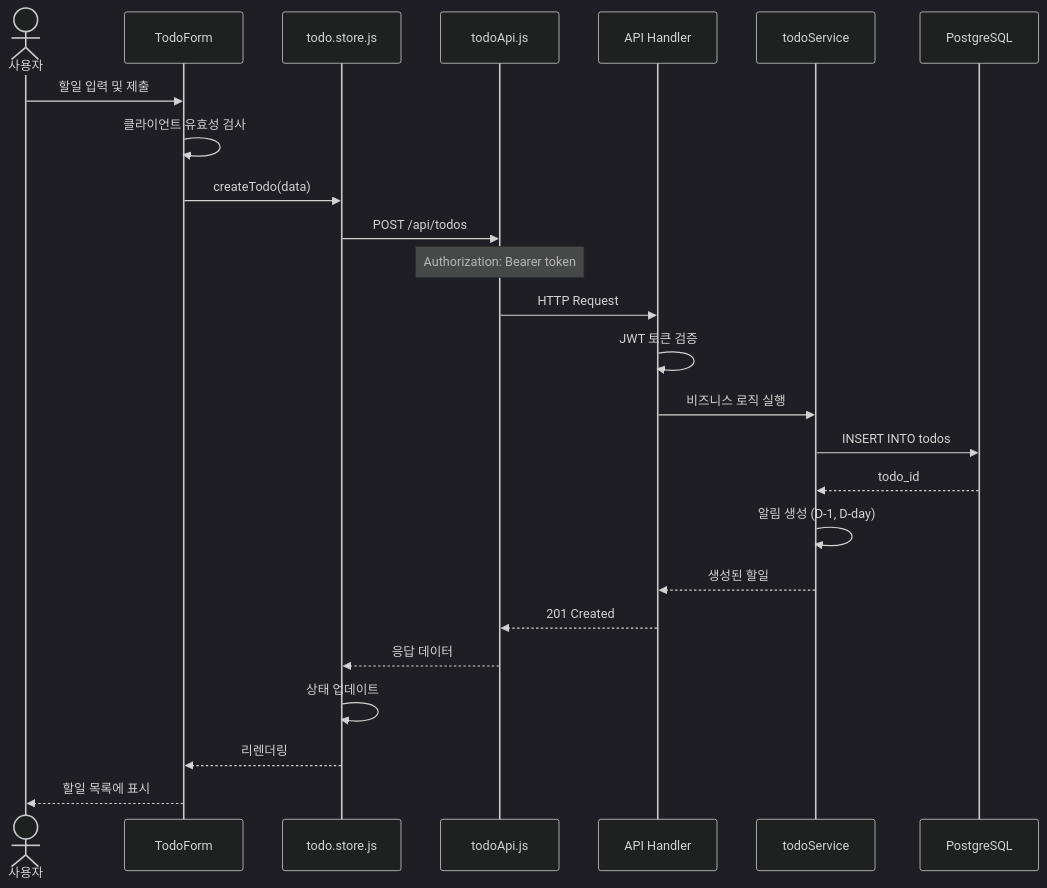
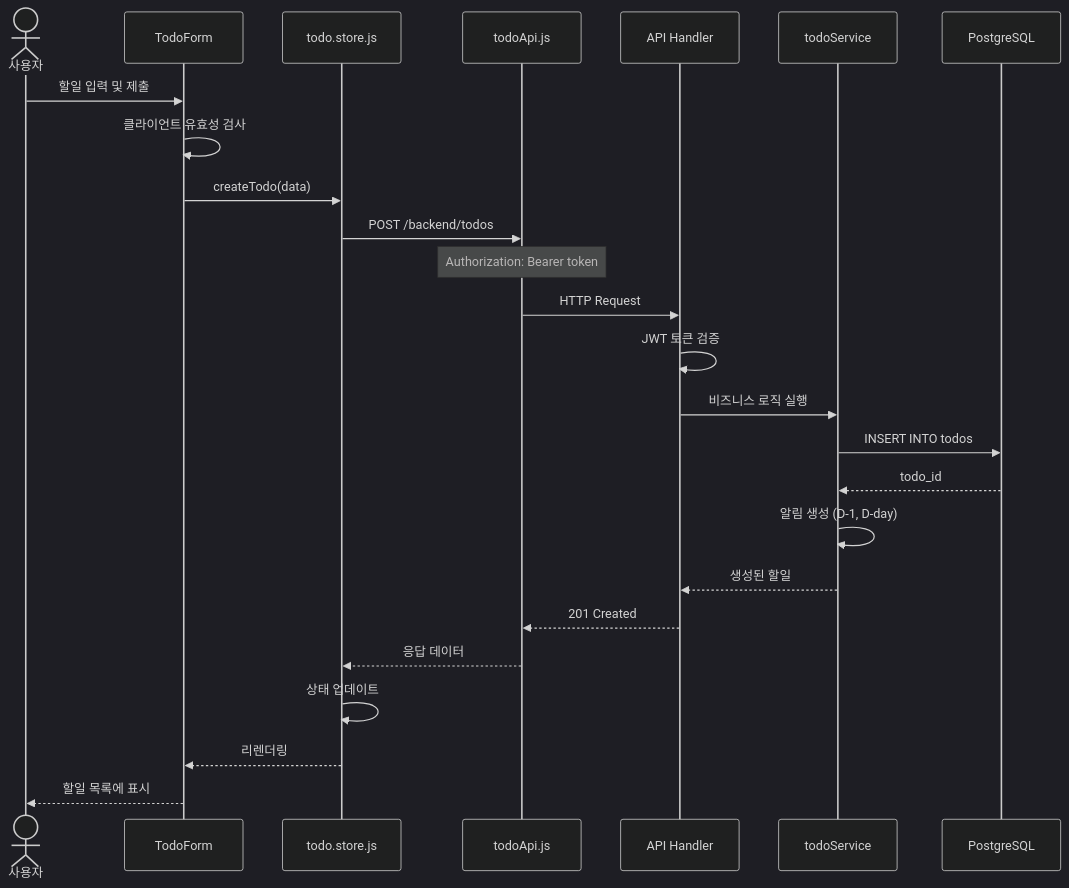
The fifth of 14 diagrams in docs/5-arch-diagram.md (oopitzzz/WHATtodo), drawn with Mermaid (dark theme) before and after one commit. The commit also changed other lines of this file and 3 other files, not shown here.

First line of the commit message:
docs: 디렉토리 경로 업데이트 - api/ → backend/, mockup/ → frontend/

````diff
--- a/docs/5-arch-diagram.md
+++ b/docs/5-arch-diagram.md
@@ -153,28 +153,28 @@
 ```mermaid
 sequenceDiagram
     actor User as 사용자
     participant UI as TodoForm
     participant Store as todo.store.js
     participant API as todoApi.js
     participant Backend as API Handler
     participant Service as todoService
     participant DB as PostgreSQL
 
     User->>UI: 할일 입력 및 제출
     UI->>UI: 클라이언트 유효성 검사
     UI->>Store: createTodo(data)
-    Store->>API: POST /api/todos
+    Store->>API: POST /backend/todos
     Note over API: Authorization: Bearer token
     API->>Backend: HTTP Request
     Backend->>Backend: JWT 토큰 검증
     Backend->>Service: 비즈니스 로직 실행
     Service->>DB: INSERT INTO todos
     DB-->>Service: todo_id
     Service->>Service: 알림 생성 (D-1, D-day)
     Service-->>Backend: 생성된 할일
     Backend-->>API: 201 Created
     API-->>Store: 응답 데이터
     Store->>Store: 상태 업데이트
     Store-->>UI: 리렌더링
     UI-->>User: 할일 목록에 표시
 ```
````
